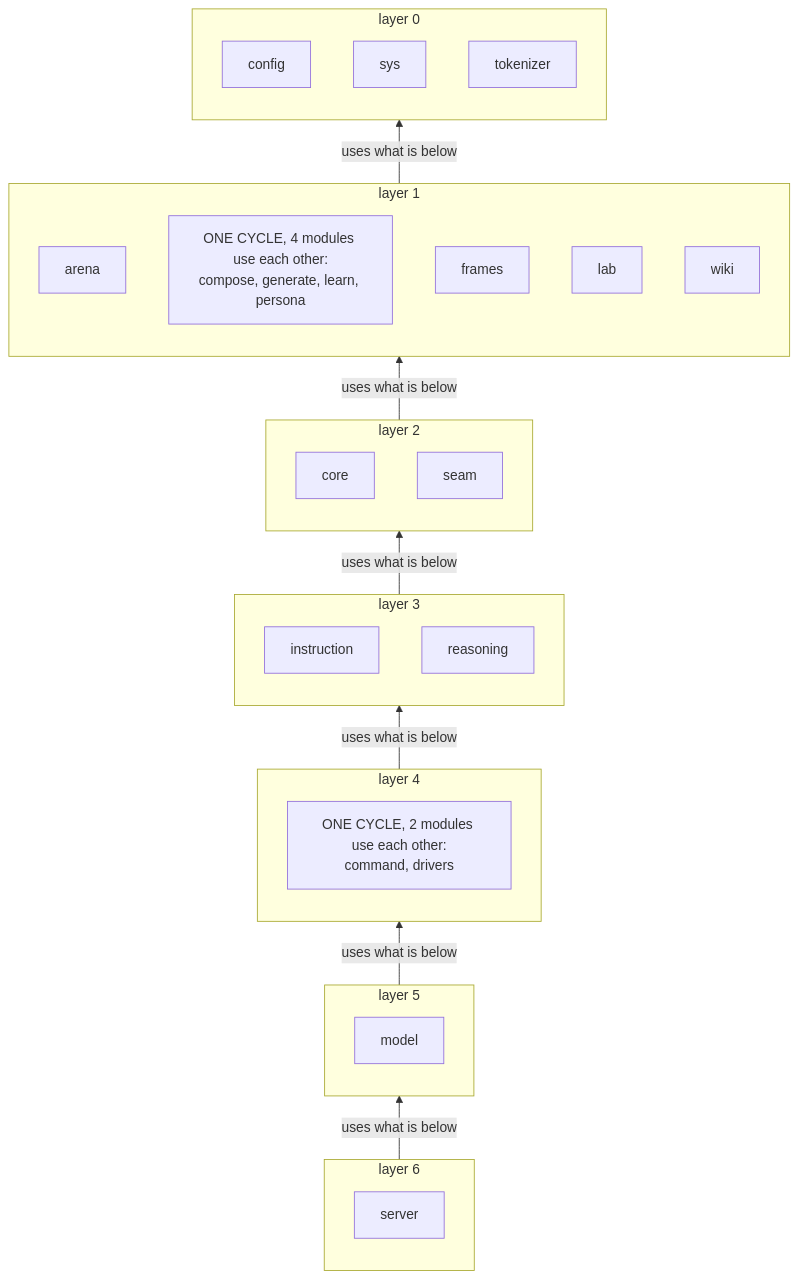
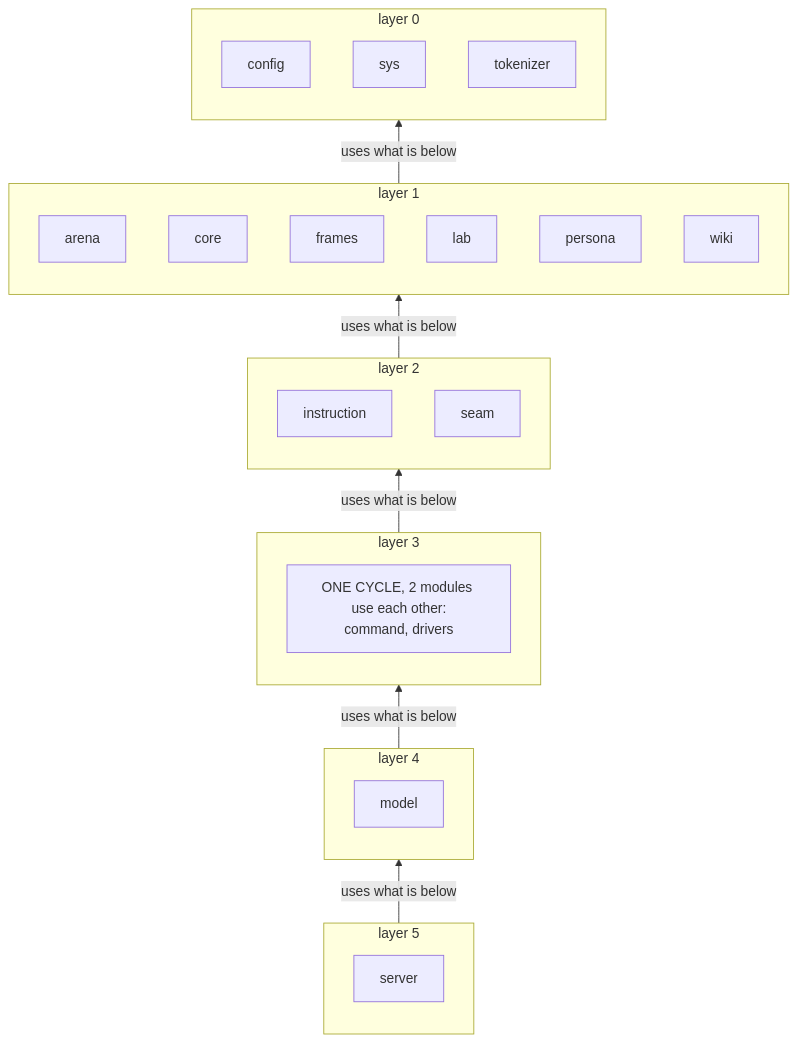
Before and after one commit to gemphi/phiano: the second of 3 diagrams in ARCHITECTURE.md, drawn with Mermaid. The commit also changed other lines of this file and 100 other files, not shown here.

````diff
--- a/ARCHITECTURE.md
+++ b/ARCHITECTURE.md
@@ -24,38 +24,34 @@
 ```mermaid
 graph BT
     subgraph L0["layer 0"]
         m_config["config"]
         m_sys["sys"]
         m_tokenizer["tokenizer"]
     end
     subgraph L1["layer 1"]
         m_arena["arena"]
-        CYC1["ONE CYCLE, 4 modules use each other:<br/>compose, generate, learn, persona"]
+        m_core["core"]
         m_frames["frames"]
         m_lab["lab"]
+        m_persona["persona"]
         m_wiki["wiki"]
     end
     subgraph L2["layer 2"]
-        m_core["core"]
+        m_instruction["instruction"]
         m_seam["seam"]
     end
     subgraph L3["layer 3"]
-        m_instruction["instruction"]
-        m_reasoning["reasoning"]
+        CYC3["ONE CYCLE, 2 modules use each other:<br/>command, drivers"]
     end
     subgraph L4["layer 4"]
-        CYC4["ONE CYCLE, 2 modules use each other:<br/>command, drivers"]
+        m_model["model"]
     end
     subgraph L5["layer 5"]
-        m_model["model"]
-    end
-    subgraph L6["layer 6"]
         m_server["server"]
     end
     L1 -->|"uses what is below"| L0
     L2 -->|"uses what is below"| L1
     L3 -->|"uses what is below"| L2
     L4 -->|"uses what is below"| L3
     L5 -->|"uses what is below"| L4
-    L6 -->|"uses what is below"| L5
 ```
````
